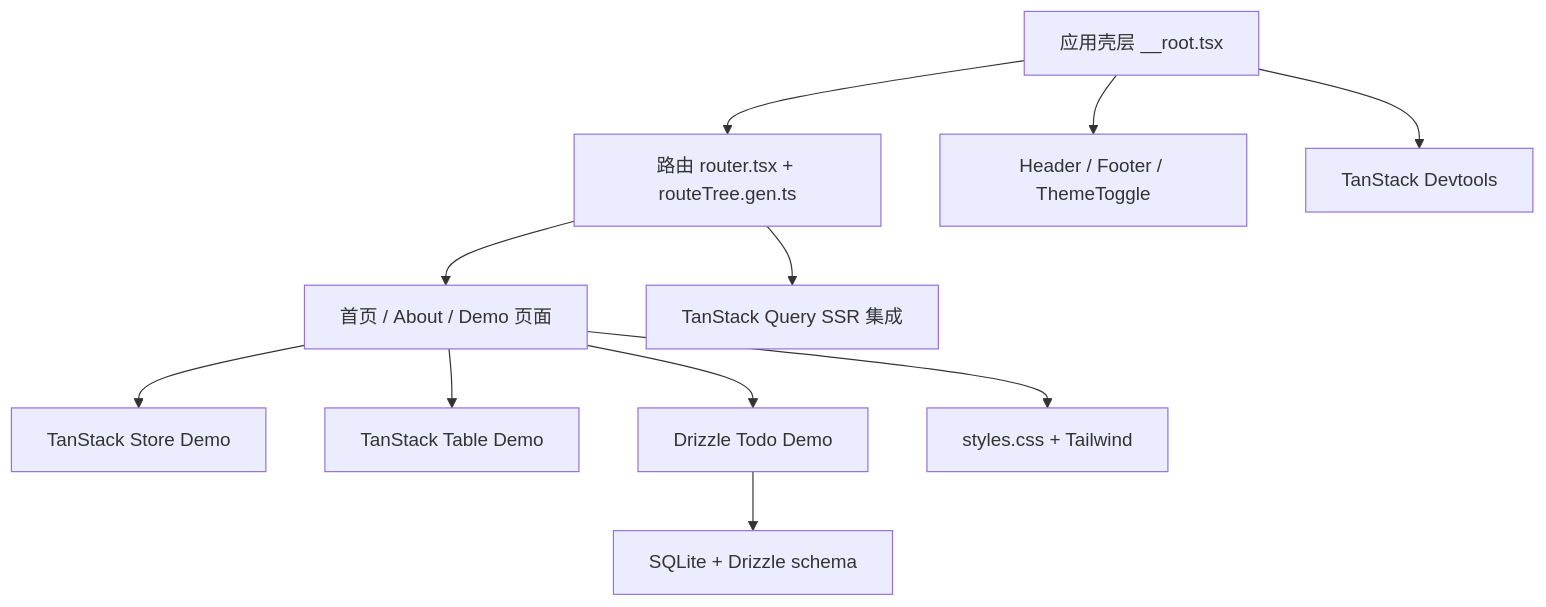
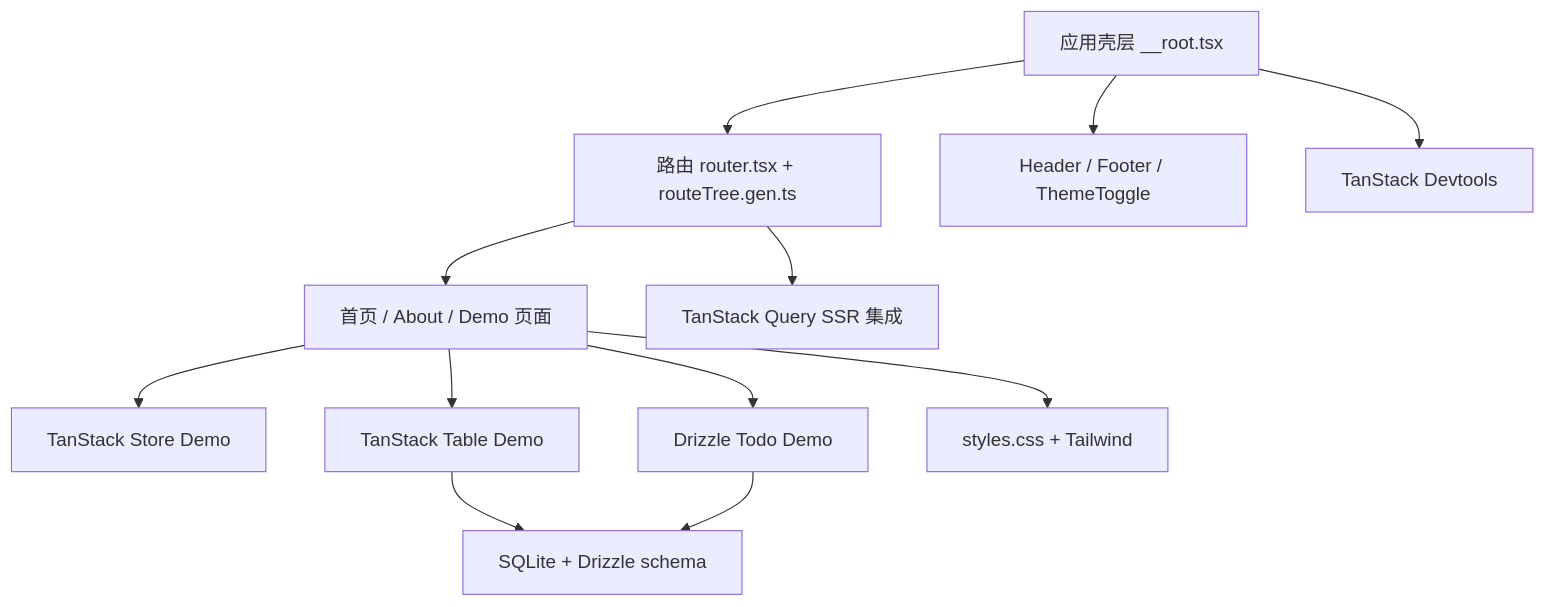
The diagram in docs/vibe-coding/modules/README.md (fudanda/vibe-coding-test), drawn with Mermaid before and after one commit. The commit also changed other lines of this file and 14 other files, not shown here.

Commit message:
feat(table): 接入 SQLite 真实数据并更新 token 统计规则

````diff
--- a/docs/vibe-coding/modules/README.md
+++ b/docs/vibe-coding/modules/README.md
@@ -34,13 +34,14 @@
 ```mermaid
 flowchart TD
   AppShell["应用壳层 __root.tsx"] --> Router["路由 router.tsx + routeTree.gen.ts"]
   AppShell --> UI["Header / Footer / ThemeToggle"]
   AppShell --> Devtools["TanStack Devtools"]
   Router --> Pages["首页 / About / Demo 页面"]
   Router --> Query["TanStack Query SSR 集成"]
   Pages --> Store["TanStack Store Demo"]
   Pages --> Table["TanStack Table Demo"]
   Pages --> Drizzle["Drizzle Todo Demo"]
+  Table --> DB["SQLite + Drizzle schema"]
   Drizzle --> DB["SQLite + Drizzle schema"]
   Pages --> Styling["styles.css + Tailwind"]
 ```
````
